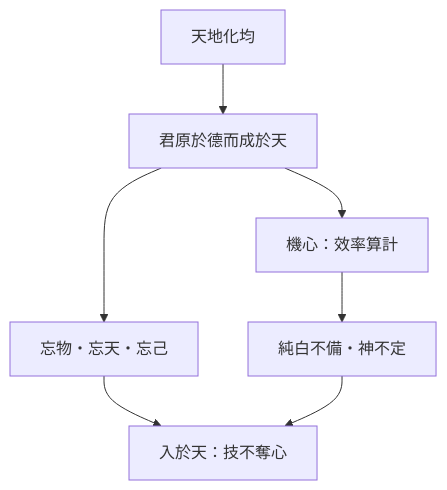
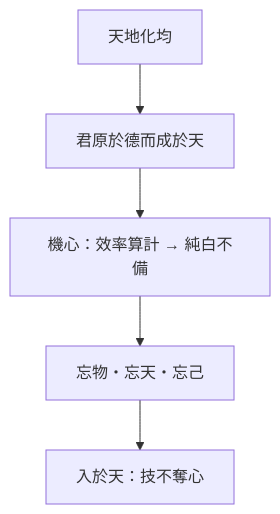
The diagram in content/chapters/02-外篇/12-天地.md (show0621/zhuangzi-atlas), drawn with Mermaid before and after one commit. The commit also changed other lines of this file and 35 other files, not shown here.

First line of the commit message:
fix(print): 全書心智圖改單欄並獨頁放大

````diff
--- a/content/chapters/02-外篇/12-天地.md
+++ b/content/chapters/02-外篇/12-天地.md
@@ -156,9 +156,8 @@
 ```mermaid
 flowchart TB
-  T[天地化均] --> J[君原於德而成於天]
-  J --> M[機心：效率算計]
-  M --> P[純白不備・神不定]
-  J --> W[忘物・忘天・忘己]
-  W --> R[入於天：技不奪心]
-  P --> R
+  T["天地化均"]
+  T --> J["君原於德而成於天"]
+  J --> M["機心：效率算計 → 純白不備"]
+  M --> W["忘物・忘天・忘己"]
+  W --> R["入於天：技不奪心"]
 ```
````
